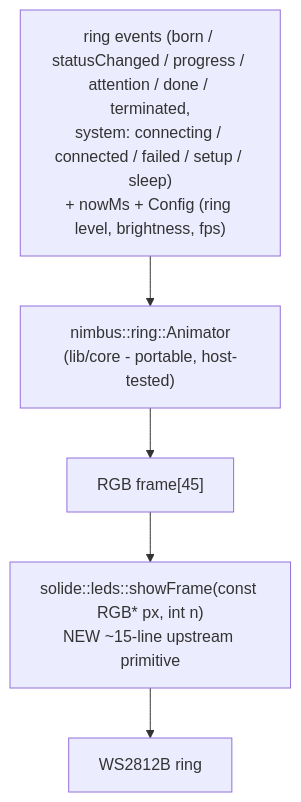
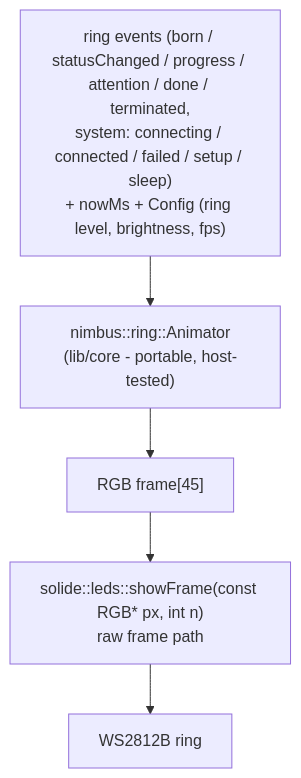
Before and after one commit to ristllin/Nimbus: the diagram in docs/led-ux.md, drawn with Mermaid. The commit also changed other lines of this file and 10 other files, not shown here.

Commit message:
docs: guides - sanitize and tighten architecture, connectors, hardware, harness, LED ring and MCP pages; regenerate docs pack

````diff
--- a/docs/led-ux.md
+++ b/docs/led-ux.md
@@ -151,8 +150,8 @@
 ```mermaid
 flowchart TD
   EV["ring events (born / statusChanged / progress / attention / done / terminated,<br/>system: connecting / connected / failed / setup / sleep)<br/>+ nowMs + Config (ring level, brightness, fps)"]
   EV --> AN["nimbus::ring::Animator<br/>(lib/core - portable, host-tested)"]
   AN --> FR["RGB frame[45]"]
-  FR --> SF["solide::leds::showFrame(const RGB* px, int n)<br/>NEW ~15-line upstream primitive"]
+  FR --> SF["solide::leds::showFrame(const RGB* px, int n)<br/>raw frame path"]
   SF --> WS["WS2812B ring"]
 ```
````
